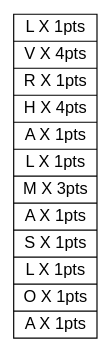
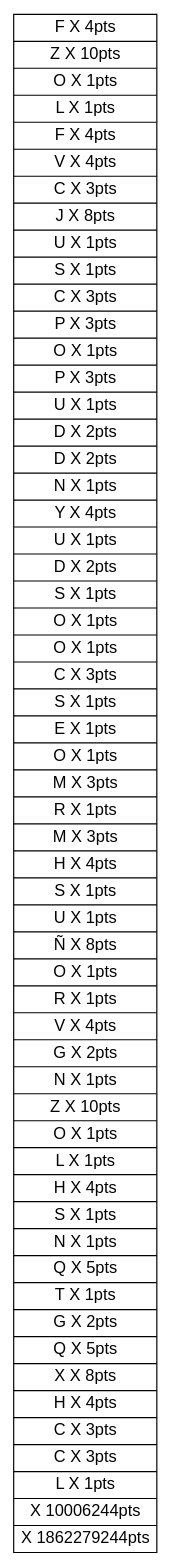
Before and after one commit to AhiezerRamirez/EDD_1S2020_PY1_201709062: the diagram in Fichas.dot, drawn with Graphviz. The commit also changed 33 other files, not shown here.

```diff
--- a/Fichas.dot
+++ b/Fichas.dot
@@ -1,4 +1,4 @@
 digraph G {
  node [shape=record, fontname="Arial"];
-	set1 [label = "{L X 1pts |V X 4pts |R X 1pts |H X 4pts |A X 1pts |L X 1pts |M X 3pts |A X 1pts |S X 1pts |L X 1pts |O X 1pts |A X 1pts}"];
+	set1 [label = "{F X 4pts |Z X 10pts |O X 1pts |L X 1pts |F X 4pts |V X 4pts |C X 3pts |J X 8pts |U X 1pts |S X 1pts |C X 3pts |P X 3pts |O X 1pts |P X 3pts |U X 1pts |D X 2pts |D X 2pts |N X 1pts |Y X 4pts |U X 1pts |D X 2pts |S X 1pts |O X 1pts |O X 1pts |C X 3pts |S X 1pts |E X 1pts |O X 1pts |M X 3pts |R X 1pts |M X 3pts |H X 4pts |S X 1pts |U X 1pts |Ñ X 8pts |O X 1pts |R X 1pts |V X 4pts |G X 2pts |N X 1pts |Z X 10pts |O X 1pts |L X 1pts |H X 4pts |S X 1pts |N X 1pts |Q X 5pts |T X 1pts |G X 2pts |Q X 5pts |X X 8pts |H X 4pts |C X 3pts |C X 3pts |L X 1pts | X 10006244pts | X 1862279244pts}"];
  }
```
